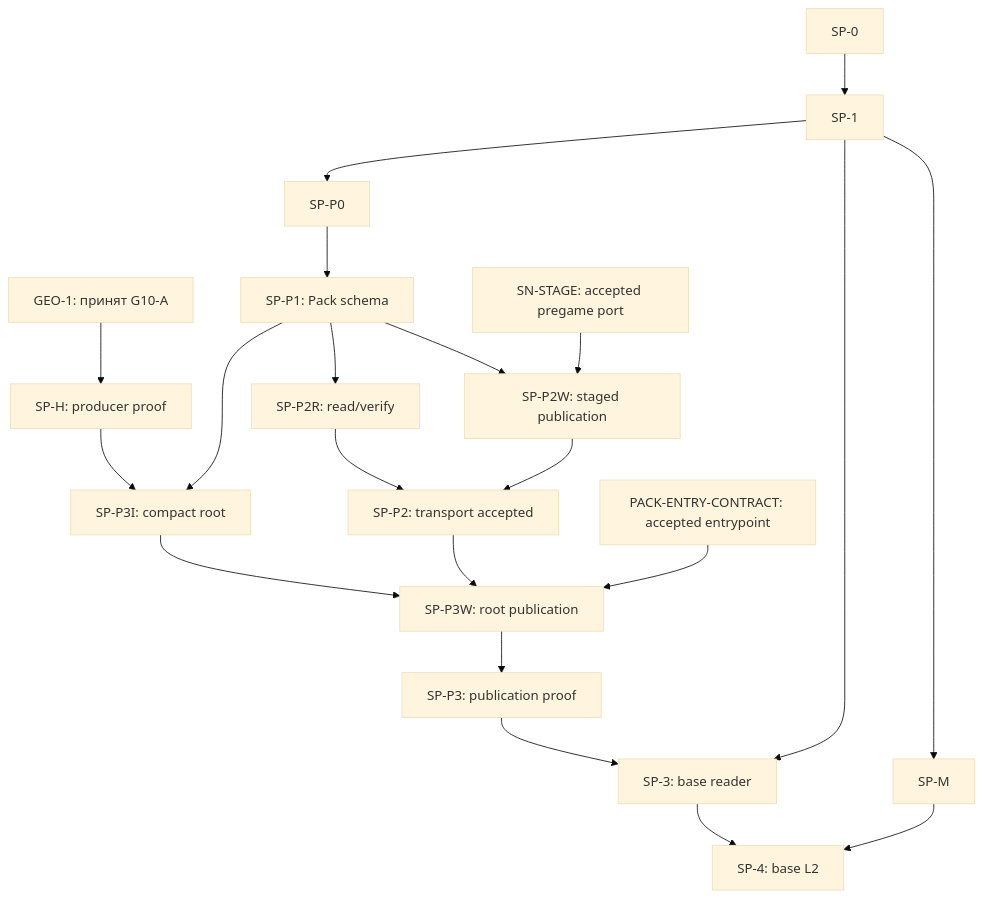
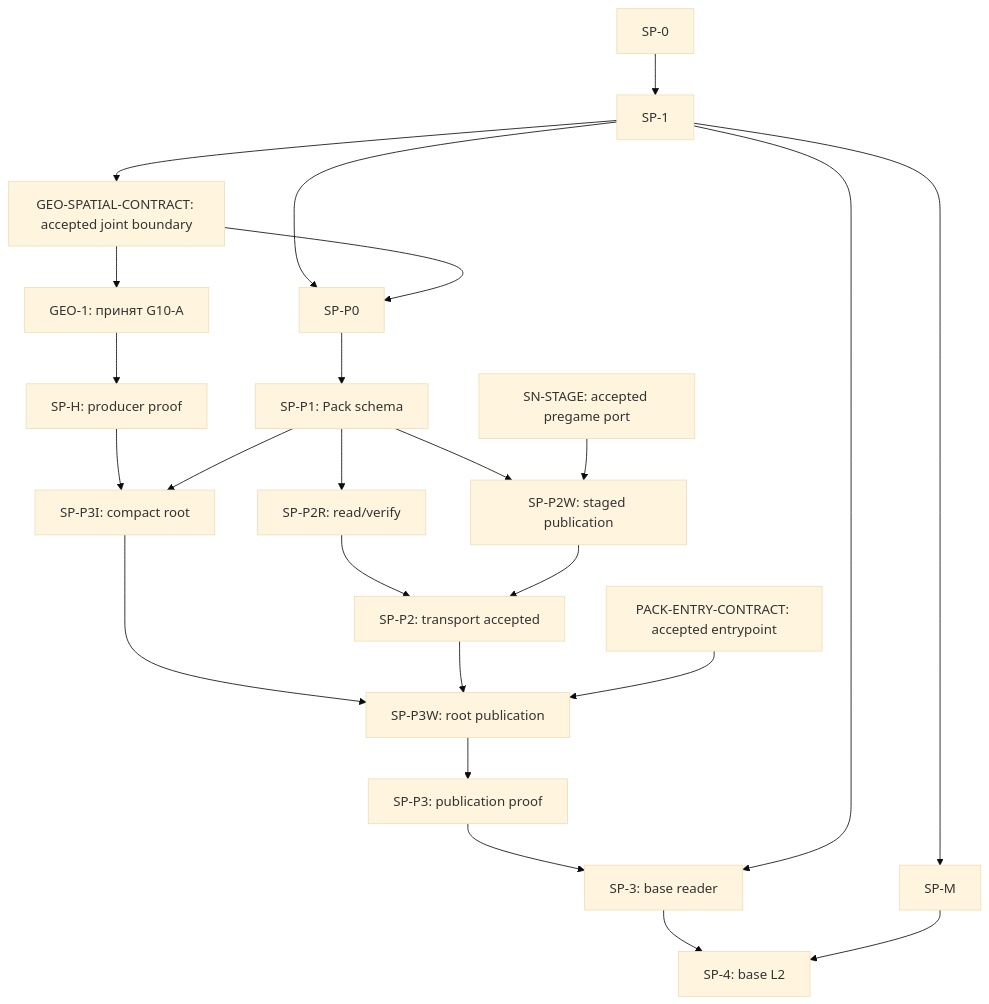
One commit to AndrewBondaren/AI-Project changed the first of 4 diagrams in .cursor/plans/world-generation-plan-dependency-graph.md. Above: the diagram before and after it, drawn with Mermaid (base theme). The commit also changed other lines of this file and 2 other files, not shown here.

Commit message:
feat: Update dependency graph and contracts for GEO-SPATIAL integration and acceptance criteria

````diff
--- a/.cursor/plans/world-generation-plan-dependency-graph.md
+++ b/.cursor/plans/world-generation-plan-dependency-graph.md
@@ -49,23 +49,26 @@
 ```mermaid
 flowchart TD
     G["GEO-1: принят G10-A"] --> H["SP-H: producer proof"]
     S0["SP-0"] --> S1["SP-1"]
     S1 --> P0["SP-P0"]
+    S1 --> J["GEO-SPATIAL-CONTRACT: accepted joint boundary"]
+    J --> G
+    J --> P0
     S1 --> M["SP-M"]
     P0 --> P1["SP-P1: Pack schema"]
     P1 --> PR["SP-P2R: read/verify"]
     P1 --> PW["SP-P2W: staged publication"]
     ST["SN-STAGE: accepted pregame port"] --> PW
     PR --> P2["SP-P2: transport accepted"]
     PW --> P2
     H --> I["SP-P3I: compact root"]
     P1 --> I
     I --> W["SP-P3W: root publication"]
     P2 --> W
     PC["PACK-ENTRY-CONTRACT: accepted entrypoint"] --> W
     W --> P3["SP-P3: publication proof"]
     P3 --> R["SP-3: base reader"]
     S1 --> R
     R --> L2["SP-4: base L2"]
     M --> L2
 ```
````
